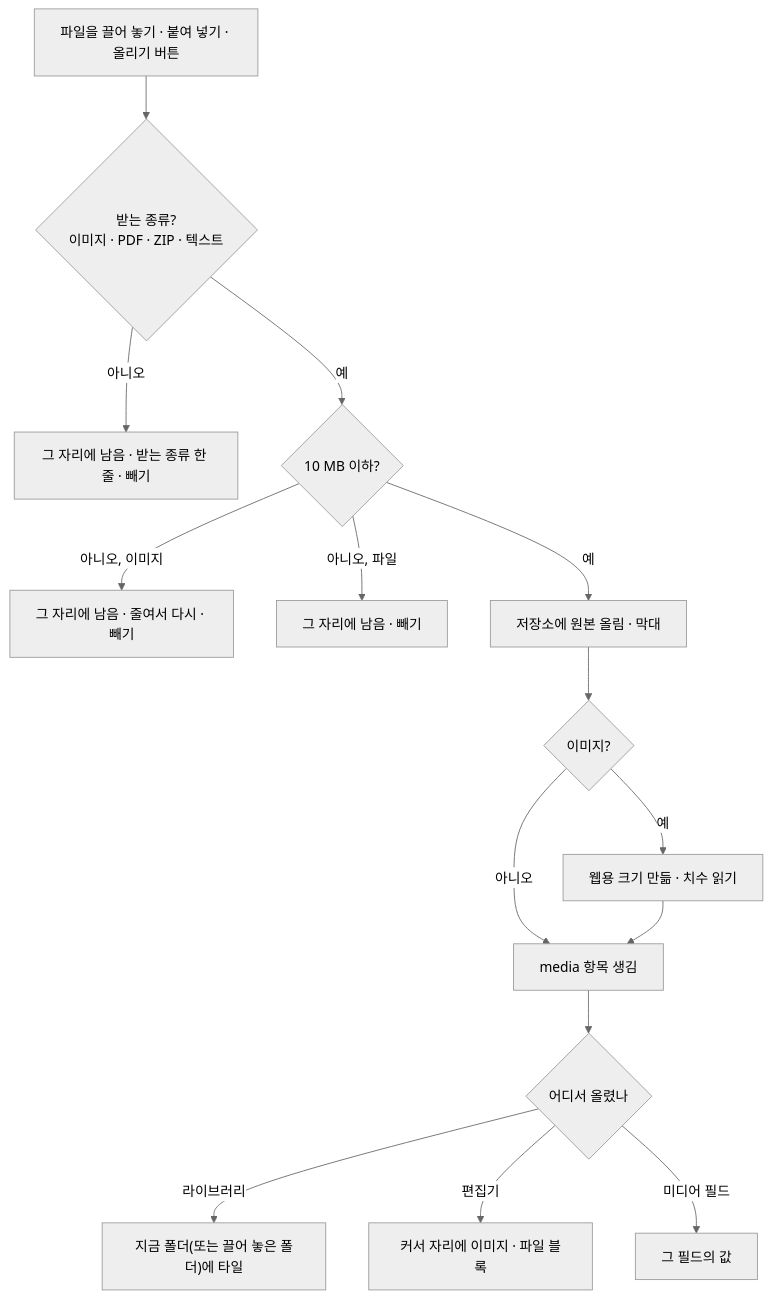
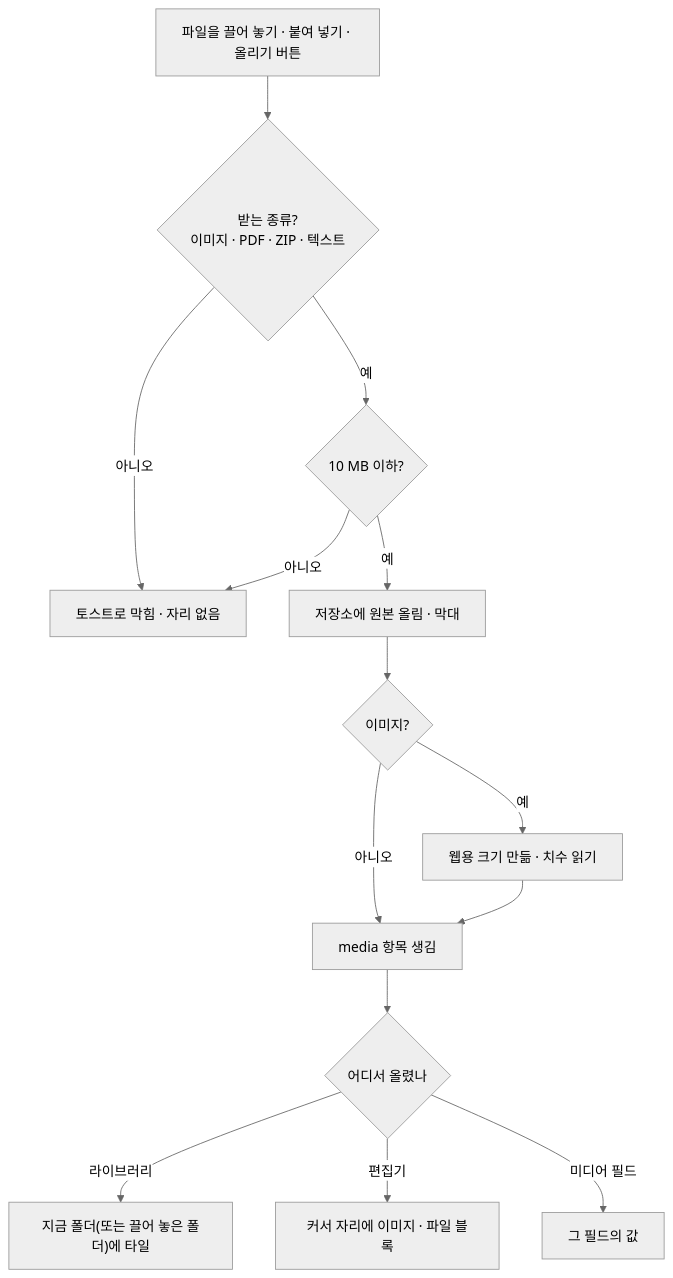
The second of 3 diagrams in docs/design/features/09-media.md (monti-cms/monti), drawn with Mermaid (neutral theme) before and after one commit. The commit also changed other lines of this file and 184 other files, not shown here.

````diff
--- a/docs/design/features/09-media.md
+++ b/docs/design/features/09-media.md
@@ -71,17 +77,16 @@
 ```mermaid
 flowchart TD
   F["파일을 끌어 놓기 · 붙여 넣기 · 올리기 버튼"] --> T{"받는 종류?<br/>이미지 · PDF · ZIP · 텍스트"}
-  T -->|아니오| R1["그 자리에 남음 · 받는 종류 한 줄 · 빼기"]
+  T -->|아니오| R1["토스트로 막힘 · 자리 없음"]
   T -->|예| S{"10 MB 이하?"}
-  S -->|아니오, 이미지| R2["그 자리에 남음 · 줄여서 다시 · 빼기"]
-  S -->|아니오, 파일| R3["그 자리에 남음 · 빼기"]
+  S -->|아니오| R1
   S -->|예| U["저장소에 원본 올림 · 막대"]
   U --> W{"이미지?"}
   W -->|예| WEB["웹용 크기 만듦 · 치수 읽기"]
   W -->|아니오| M
   WEB --> M["media 항목 생김"]
   M --> WHERE{"어디서 올렸나"}
   WHERE -->|라이브러리| L["지금 폴더(또는 끌어 놓은 폴더)에 타일"]
   WHERE -->|편집기| E["커서 자리에 이미지 · 파일 블록"]
   WHERE -->|미디어 필드| P["그 필드의 값"]
 ```
````
